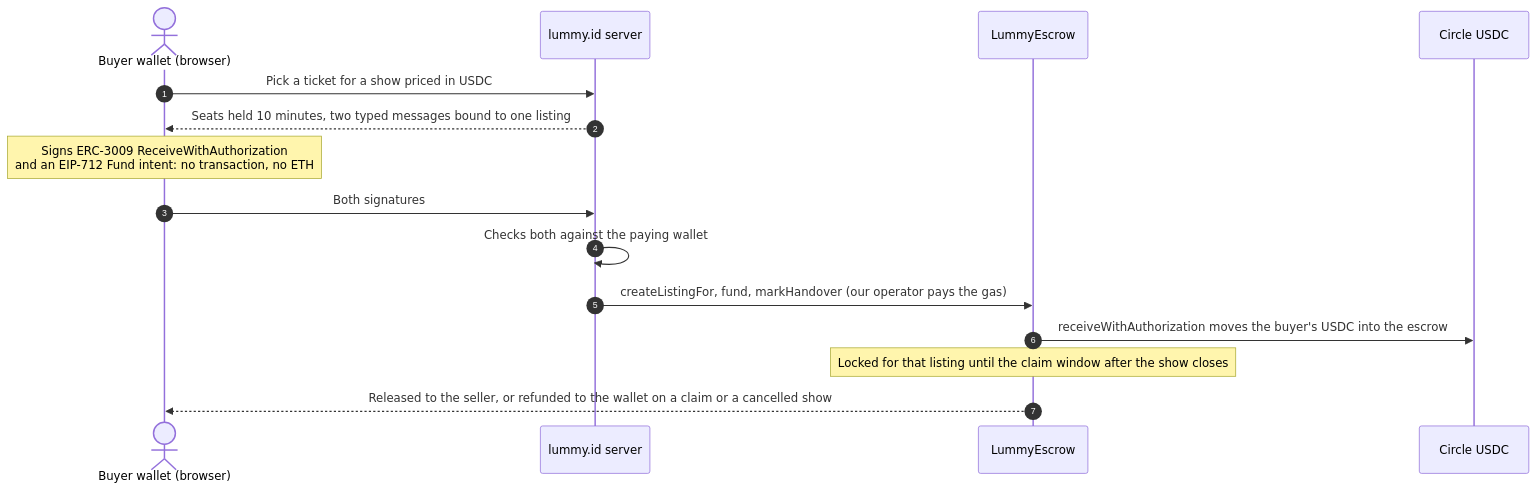
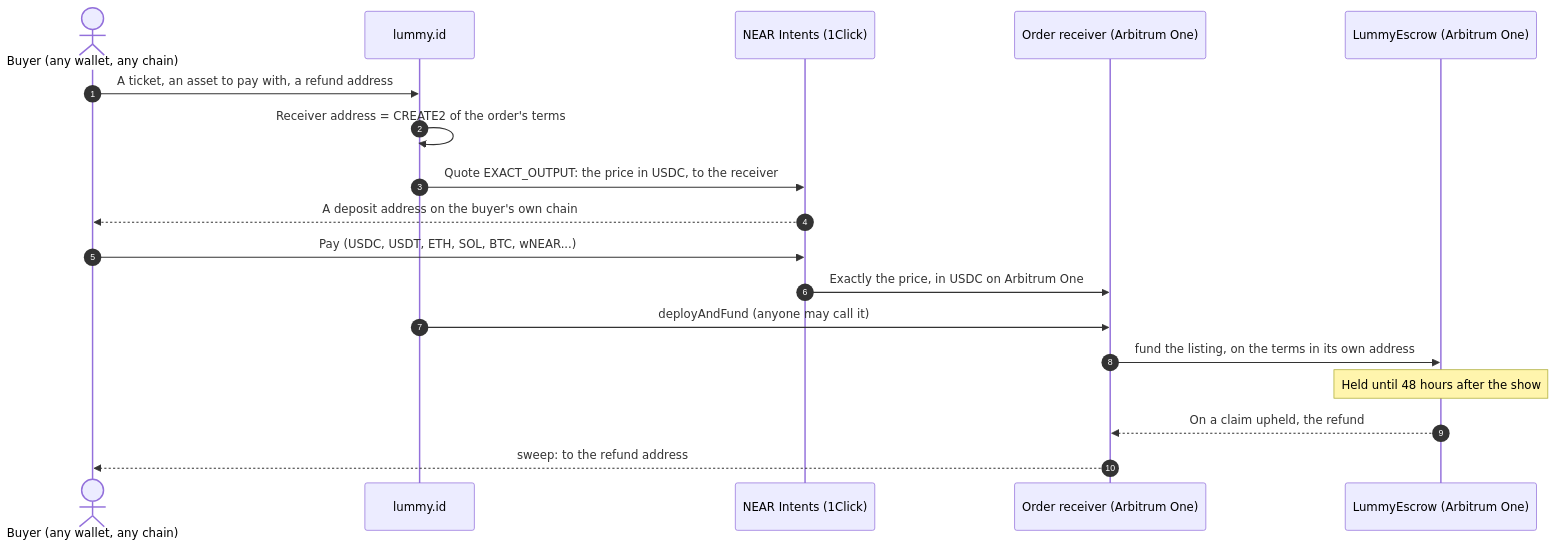
The first of 4 diagrams in README.md (Lummy-Ticket/lummy), drawn with Mermaid before and after one commit. The commit also changed other lines of this file and 2 other files, not shown here.

First line of the commit message:
NEAR: the mirror README leads with the NEAR work, and the contracts README catches up

````diff
--- a/README.md
+++ b/README.md
@@ -81,17 +47,20 @@
 ```mermaid
 sequenceDiagram
     autonumber
-    actor B as Buyer wallet (browser)
-    participant S as lummy.id server
-    participant E as LummyEscrow
-    participant U as Circle USDC
-    B->>S: Pick a ticket for a show priced in USDC
-    S-->>B: Seats held 10 minutes, two typed messages bound to one listing
-    Note over B: Signs ERC-3009 ReceiveWithAuthorization<br/>and an EIP-712 Fund intent: no transaction, no ETH
-    B->>S: Both signatures
-    S->>S: Checks both against the paying wallet
-    S->>E: createListingFor, fund, markHandover (our operator pays the gas)
-    E->>U: receiveWithAuthorization moves the buyer's USDC into the escrow
-    Note over E: Locked for that listing until the claim window after the show closes
-    E-->>B: Released to the seller, or refunded to the wallet on a claim or a cancelled show
+    actor B as Buyer (any wallet, any chain)
+    participant L as lummy.id
+    participant N as NEAR Intents (1Click)
+    participant R as Order receiver (Arbitrum One)
+    participant E as LummyEscrow (Arbitrum One)
+    B->>L: A ticket, an asset to pay with, a refund address
+    L->>L: Receiver address = CREATE2 of the order's terms
+    L->>N: Quote EXACT_OUTPUT: the price in USDC, to the receiver
+    N-->>B: A deposit address on the buyer's own chain
+    B->>N: Pay (USDC, USDT, ETH, SOL, BTC, wNEAR...)
+    N->>R: Exactly the price, in USDC on Arbitrum One
+    L->>R: deployAndFund (anyone may call it)
+    R->>E: fund the listing, on the terms in its own address
+    Note over E: Held until 48 hours after the show
+    E-->>R: On a claim upheld, the refund
+    R-->>B: sweep: to the refund address
 ```
````
